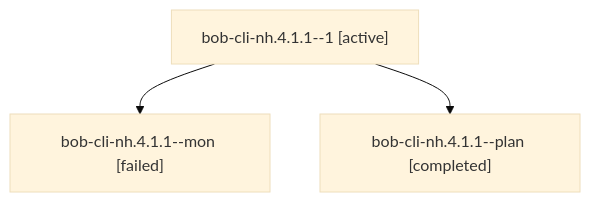
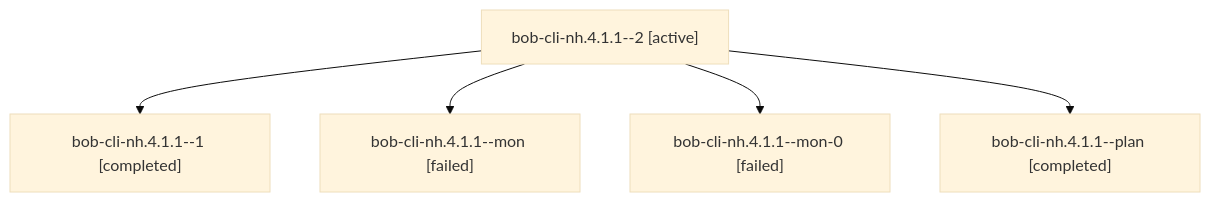
Before and after one commit to bobs-org/bob-cli--agents: the diagram in sessions/bbugyi200.athena.bob-cli-nh.4.1.1.md, drawn with Mermaid (base theme). The commit also changed other lines of this file and 84 other files, not shown here.

````diff
--- a/sessions/bbugyi200.athena.bob-cli-nh.4.1.1.md
+++ b/sessions/bbugyi200.athena.bob-cli-nh.4.1.1.md
@@ -9,8 +9,12 @@
 ```mermaid
 flowchart TD
-  n0["bob-cli-nh.4.1.1--1 [active]"]
-  n1["bob-cli-nh.4.1.1--mon [failed]"]
+  n0["bob-cli-nh.4.1.1--2 [active]"]
+  n1["bob-cli-nh.4.1.1--1 [completed]"]
   n0 --> n1
-  n2["bob-cli-nh.4.1.1--plan [completed]"]
+  n2["bob-cli-nh.4.1.1--mon [failed]"]
   n0 --> n2
+  n3["bob-cli-nh.4.1.1--mon-0 [failed]"]
+  n0 --> n3
+  n4["bob-cli-nh.4.1.1--plan [completed]"]
+  n0 --> n4
 ```
````
